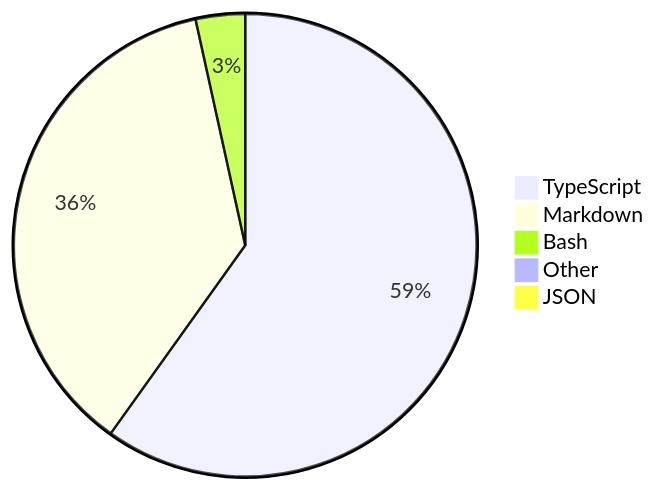
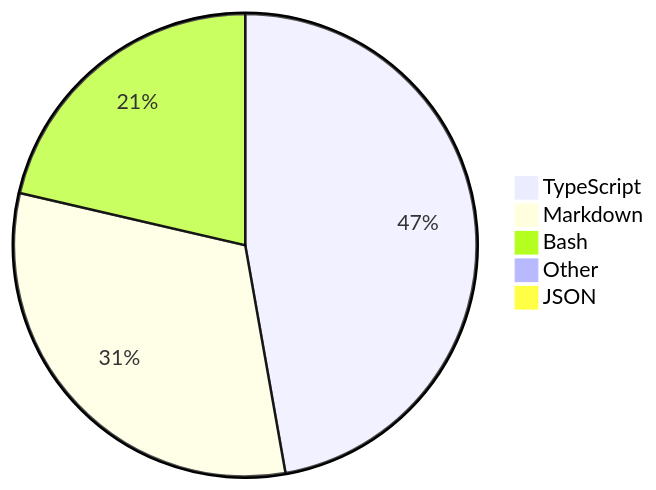
One commit to skvggor/skvggor changed the diagram in README.md. Above: the diagram before and after it, drawn with Mermaid.

Commit message:
Updated waka-readme graph with new metrics

````diff
--- a/README.md
+++ b/README.md
@@ -35,8 +35,8 @@
 ```mermaid
 pie
-    "TypeScript" : 59.1
-    "Markdown" : 36.2
-    "Bash" : 3.4
-    "Other" : 0.8
-    "JSON" : 0.4
+    "TypeScript" : 46.6
+    "Markdown" : 31.0
+    "Bash" : 21.1
+    "Other" : 0.9
+    "JSON" : 0.3
 ```
````
